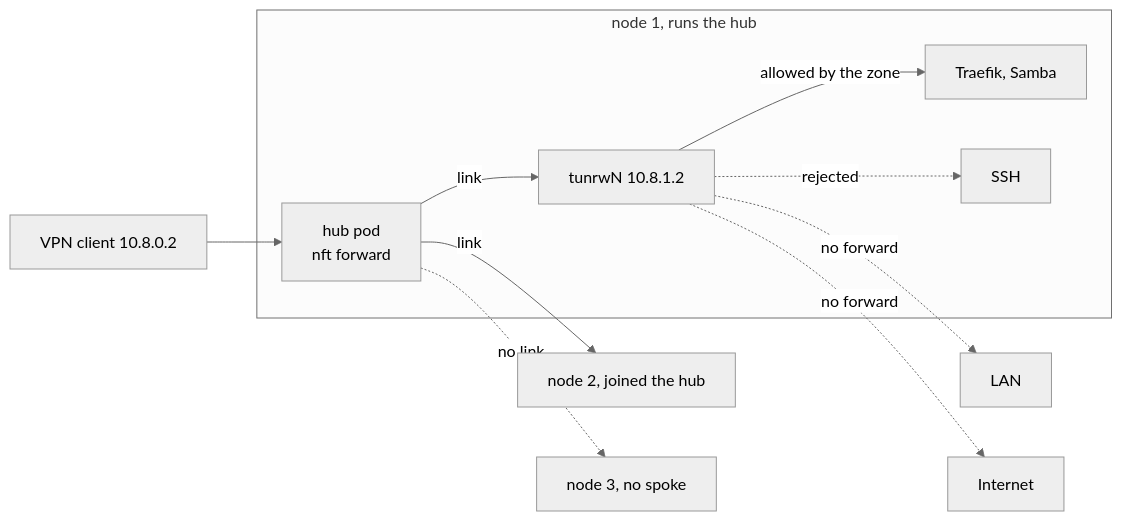
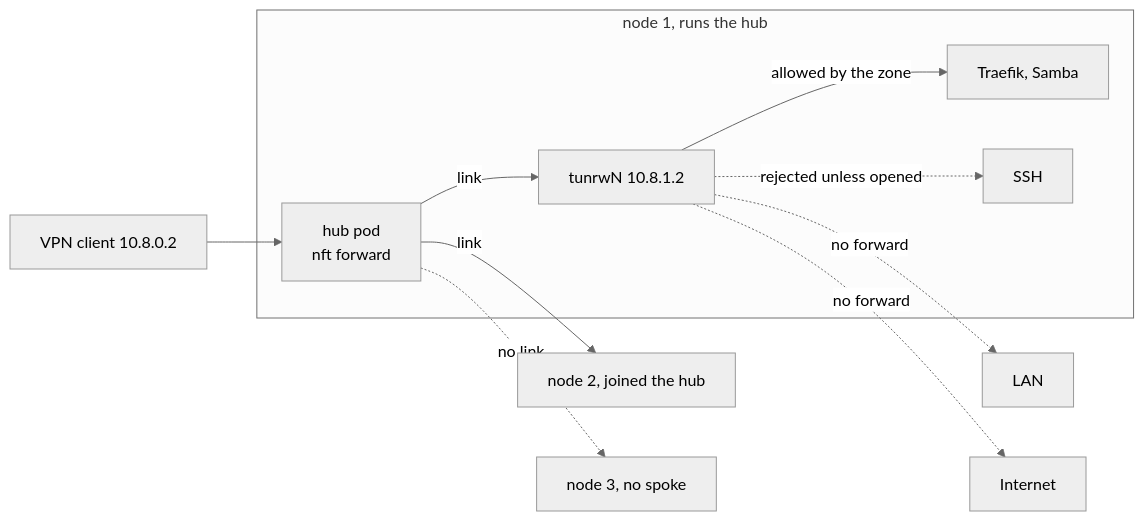
Before and after one commit to stephdl/ns8-roadwarrior: the third of 7 diagrams in docs/network.md, drawn with Mermaid (neutral theme). The commit also changed other lines of this file and 21 other files, not shown here.

````diff
--- a/docs/network.md
+++ b/docs/network.md
@@ -88,25 +88,25 @@
 ```mermaid
 flowchart LR
     client["VPN client 10.8.0.2"]
 
     subgraph node1["node 1, runs the hub"]
         pod["hub pod<br/>nft forward"]
         tun1["tunrwN 10.8.1.2"]
         svc["Traefik, Samba"]
         ssh1["SSH"]
     end
 
     node2["node 2, joined the hub"]
     node3["node 3, no spoke"]
     lan["LAN"]
     internet["Internet"]
 
     client --> pod
     pod -- "link" --> tun1
     tun1 -- "allowed by the zone" --> svc
-    tun1 -. "rejected" .-> ssh1
+    tun1 -. "rejected unless opened" .-> ssh1
     pod -- "link" --> node2
     pod -. "no link" .-> node3
     tun1 -. "no forward" .-> lan
     tun1 -. "no forward" .-> internet
 ```
````
